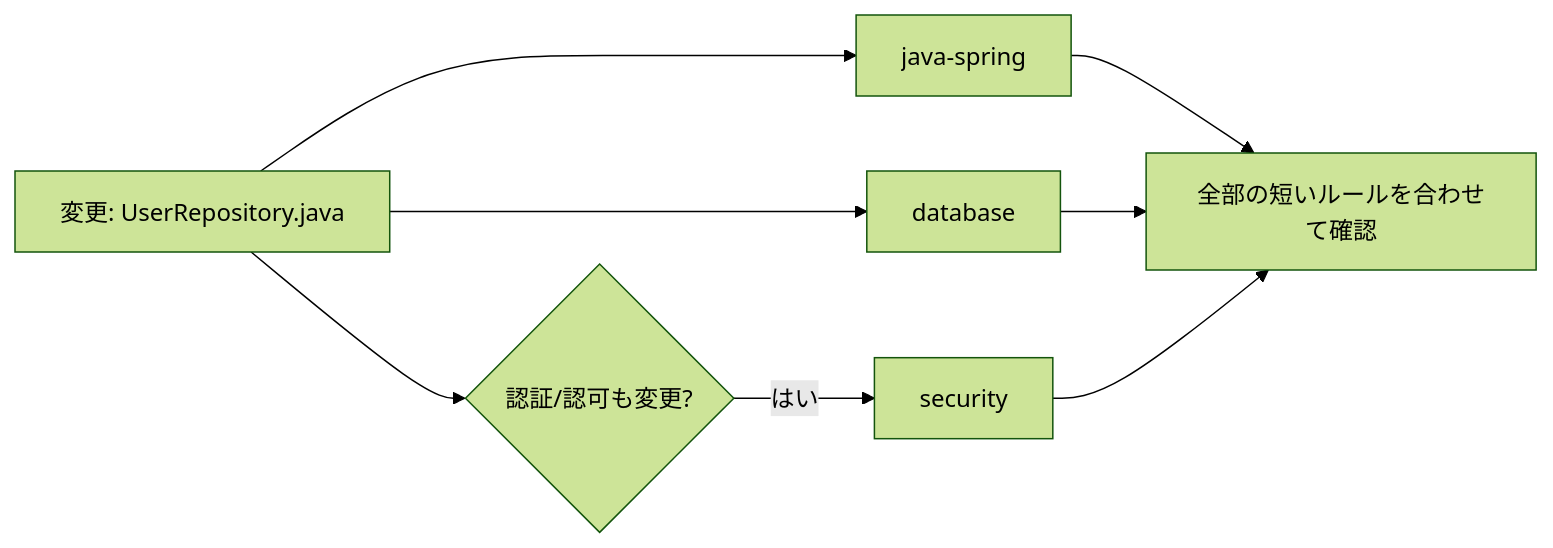
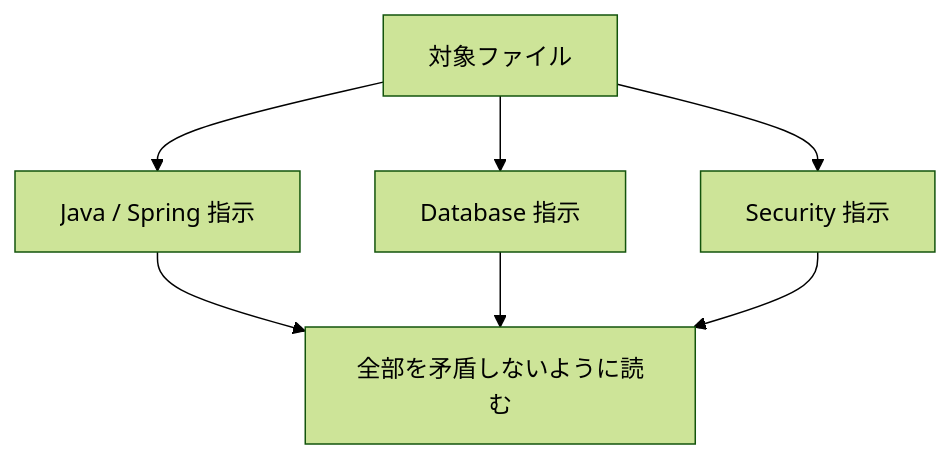
Before and after one commit to k-iizuka000/copilot-sample: the third of 3 diagrams in eçverything-claude-code/.github/instructions/README.md, drawn with Mermaid (forest theme). The commit also changed other lines of this file and 3 other files, not shown here.

````diff
--- a/eçverything-claude-code/.github/instructions/README.md
+++ b/eçverything-claude-code/.github/instructions/README.md
@@ -53,10 +109,9 @@
 ```mermaid
-flowchart LR
-    A[変更: UserRepository.java] --> B[java-spring]
-    A --> C[database]
-    A --> D{認証/認可も変更?}
-    D -->|はい| E[security]
-    B --> F[全部の短いルールを合わせて確認]
-    C --> F
-    E --> F
+flowchart TD
+    A[対象ファイル] --> B[Java / Spring 指示]
+    A --> C[Database 指示]
+    A --> D[Security 指示]
+    B --> E[全部を矛盾しないように読む]
+    C --> E
+    D --> E
 ```
````
